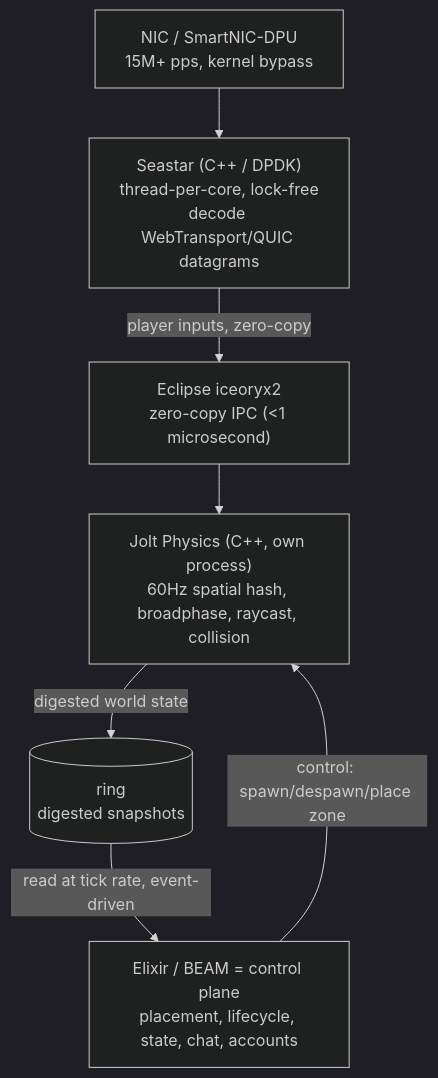
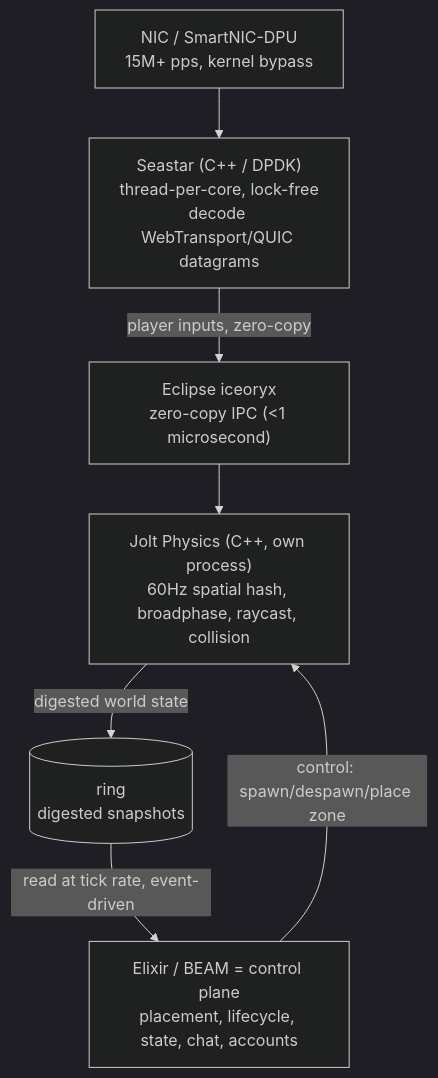
The diagram in docs/data-plane.md (v-sekai-multiplayer-fabric/weft), drawn with Mermaid (dark theme) before and after one commit. The commit also changed other lines of this file and 15 other files, not shown here.

````diff
--- a/docs/data-plane.md
+++ b/docs/data-plane.md
@@ -19,16 +19,16 @@
 ```mermaid
 flowchart TD
     NIC["NIC / SmartNIC-DPU<br/>15M+ pps, kernel bypass"]
     Seastar["Seastar (C++ / DPDK)<br/>thread-per-core, lock-free<br/>decode WebTransport/QUIC datagrams"]
-    Iceoryx["Eclipse iceoryx2<br/>zero-copy IPC (&lt;1 microsecond)"]
+    Iceoryx["Eclipse iceoryx<br/>zero-copy IPC (&lt;1 microsecond)"]
     Jolt["Jolt Physics (C++, own process)<br/>60Hz spatial hash, broadphase, raycast, collision"]
     Ring[("ring<br/>digested snapshots")]
     BEAM["Elixir / BEAM = control plane<br/>placement, lifecycle, state, chat, accounts"]
 
     NIC --> Seastar
     Seastar -->|"player inputs, zero-copy"| Iceoryx
     Iceoryx --> Jolt
     Jolt -->|"digested world state"| Ring
     Ring -->|"read at tick rate, event-driven"| BEAM
     BEAM -->|"control: spawn/despawn/place zone"| Jolt
 ```
````
